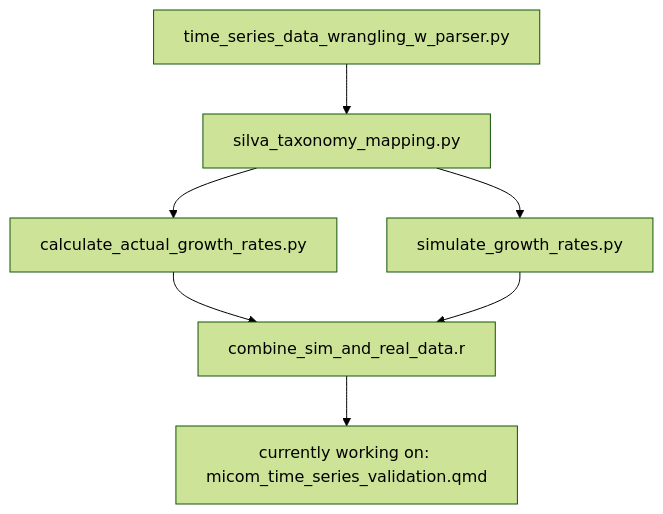
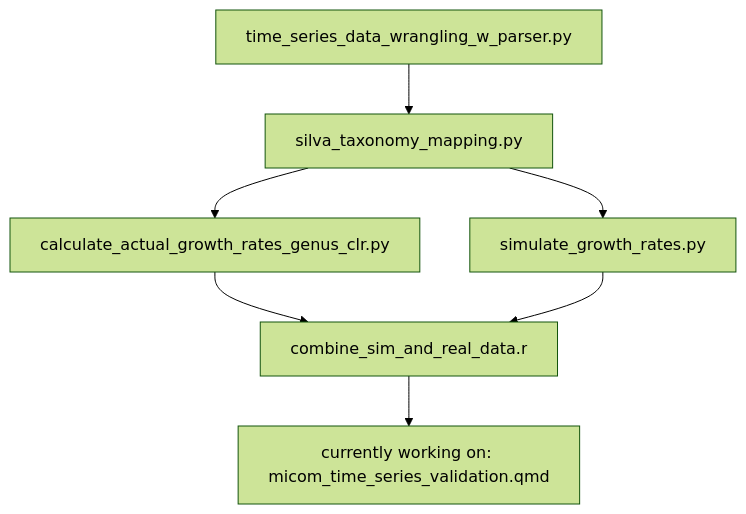
The diagram in README.md (laurie-lyon/micom-time-series), drawn with Mermaid (forest theme) before and after one commit.

````diff
--- a/README.md
+++ b/README.md
@@ -78,16 +78,16 @@
 ```mermaid
 flowchart TD
     A --> B
     B --> C
     B --> D
     C --> E
     D --> E
     E --> F
 
     A[time_series_data_wrangling_w_parser.py]
     B[silva_taxonomy_mapping.py]
-    C[calculate_actual_growth_rates.py]
+    C[calculate_actual_growth_rates_genus_clr.py]
     D[simulate_growth_rates.py]
     E[combine_sim_and_real_data.r]
     F[currently working on: micom_time_series_validation.qmd]
 ```
````
